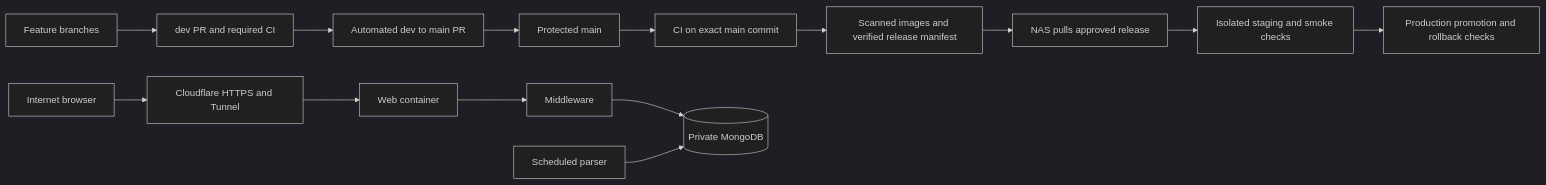
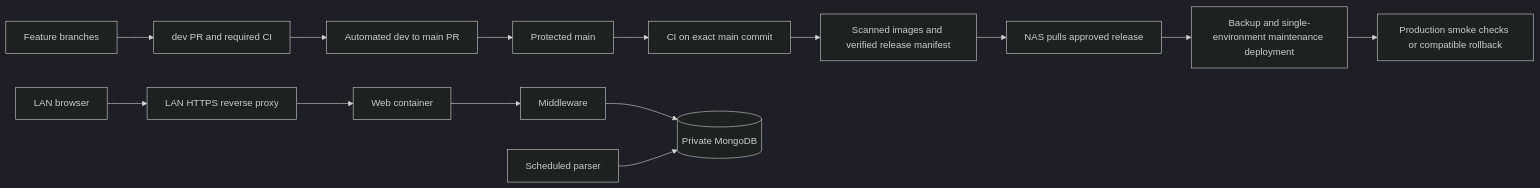
One commit to rfarnsworth913/game-guides changed the diagram in docs/nas-ci-deployment-guide-2026-11-14.md. Above: the diagram before and after it, drawn with Mermaid (dark theme). The commit also changed other lines of this file and 14 other files, not shown here.

````diff
--- a/docs/nas-ci-deployment-guide-2026-11-14.md
+++ b/docs/nas-ci-deployment-guide-2026-11-14.md
@@ -41,16 +45,16 @@
 ```mermaid
 flowchart LR
     F[Feature branches] --> D[dev PR and required CI]
     D --> R[Automated dev to main PR]
     R --> M[Protected main]
     M --> C[CI on exact main commit]
     C --> I[Scanned images and verified release manifest]
     I --> P[NAS pulls approved release]
-    P --> S[Isolated staging and smoke checks]
-    S --> A[Production promotion and rollback checks]
-    B[Internet browser] --> T[Cloudflare HTTPS and Tunnel]
+    P --> A[Backup and single-environment maintenance deployment]
+    A --> V[Production smoke checks or compatible rollback]
+    B[LAN browser] --> T[LAN HTTPS reverse proxy]
     T --> W[Web container]
     W --> API[Middleware]
     API --> DB[(Private MongoDB)]
     J[Scheduled parser] --> DB
 ```
````
